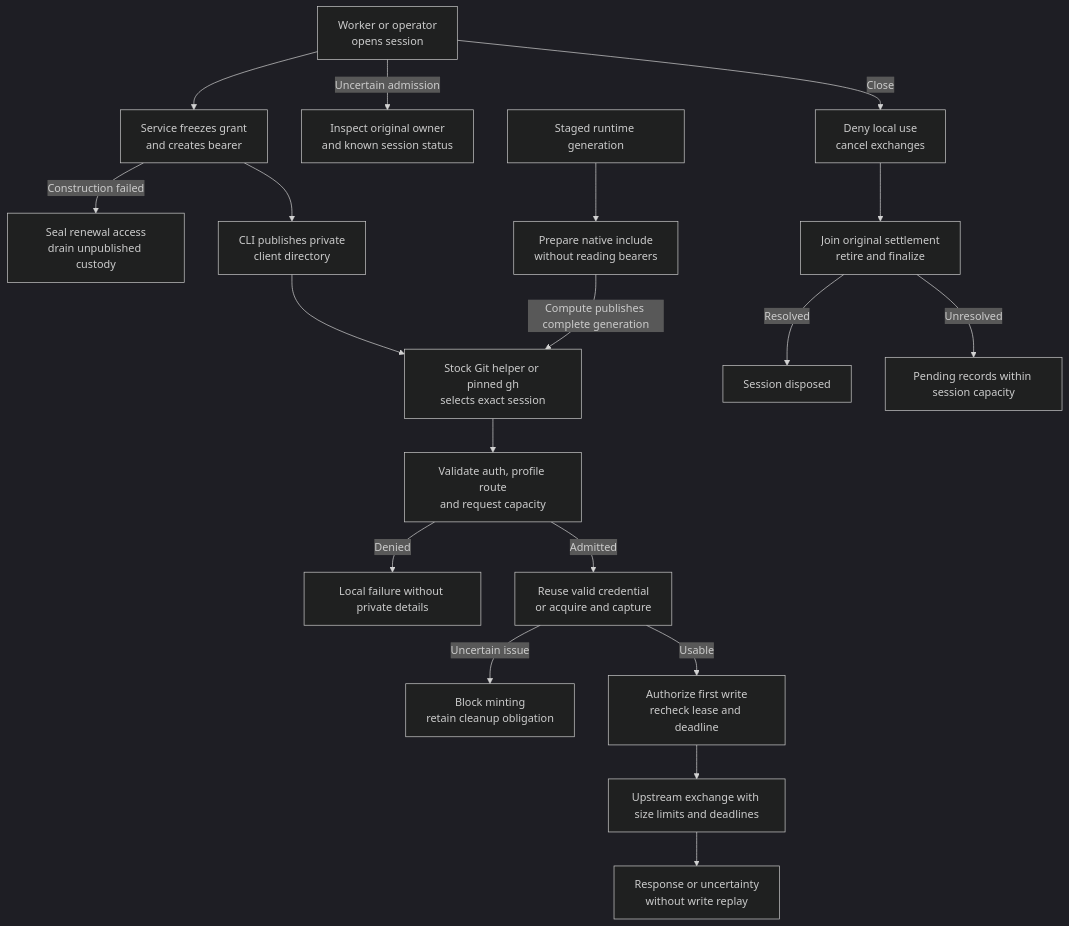
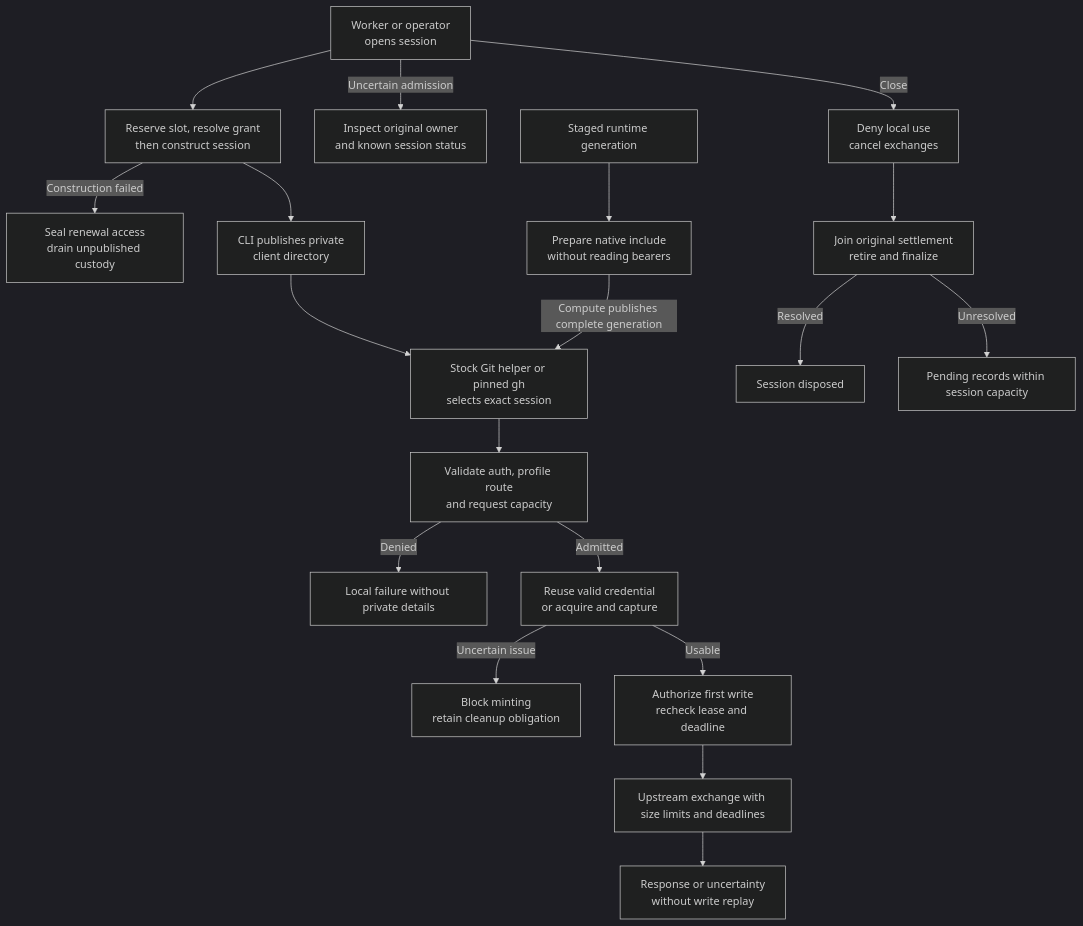
One commit to openclaw/openclaw-enterprise changed the diagram in docs/flows/repository-credentials.md. Above: the diagram before and after it, drawn with Mermaid (dark theme). The commit also changed other lines of this file and 3 other files, not shown here.

Commit message:
Reserve native Git session capacity through admission

````diff
--- a/docs/flows/repository-credentials.md
+++ b/docs/flows/repository-credentials.md
@@ -29,21 +29,21 @@
 ```mermaid
 graph TD
-  Operator["Worker or operator<br/>opens session"] --> Admission["Service freezes grant<br/>and creates bearer"]
+  Operator["Worker or operator<br/>opens session"] --> Admission["Reserve slot, resolve grant<br/>then construct session"]
   Admission -->|Construction failed| ConstructionCleanup["Seal renewal access<br/>drain unpublished custody"]
   Operator -->|Uncertain admission| Recovery["Inspect original owner<br/>and known session status"]
   Admission --> Files["CLI publishes private<br/>client directory"]
   Files --> Client["Stock Git helper or pinned gh<br/>selects exact session"]
   Staged["Staged runtime generation"] --> Native["Prepare native include<br/>without reading bearers"]
   Native -->|Compute publishes complete generation| Client
   Client --> Route["Validate auth, profile route<br/>and request capacity"]
   Route -->|Denied| Denial["Local failure without private details"]
   Route -->|Admitted| Credential["Reuse valid credential<br/>or acquire and capture"]
   Credential -->|Uncertain issue| Blocked["Block minting<br/>retain cleanup obligation"]
   Credential -->|Usable| Gate["Authorize first write<br/>recheck lease and deadline"]
   Gate --> Upstream["Upstream exchange with size limits and deadlines"]
   Upstream --> Result["Response or uncertainty<br/>without write replay"]
   Operator -->|Close| Closed["Deny local use<br/>cancel exchanges"]
   Closed --> Cleanup["Join original settlement<br/>retire and finalize"]
   Cleanup -->|Resolved| Disposed["Session disposed"]
   Cleanup -->|Unresolved| Pending["Pending records within session capacity"]
 ```
````
